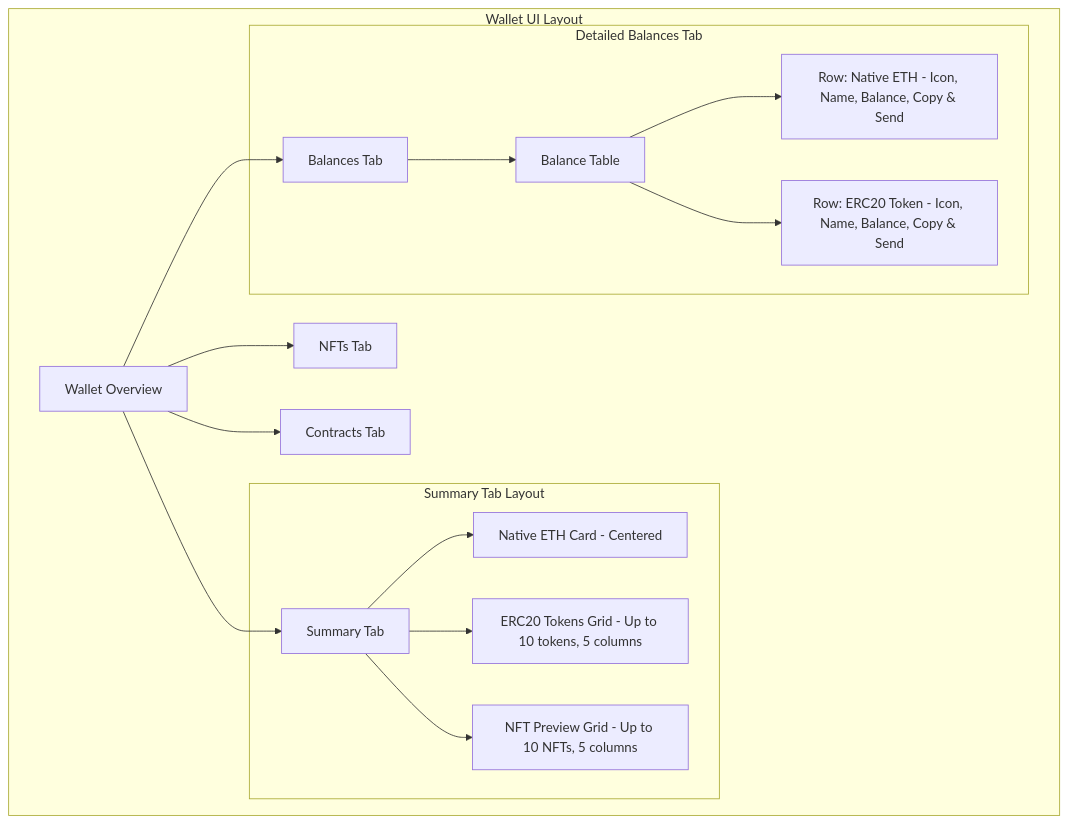
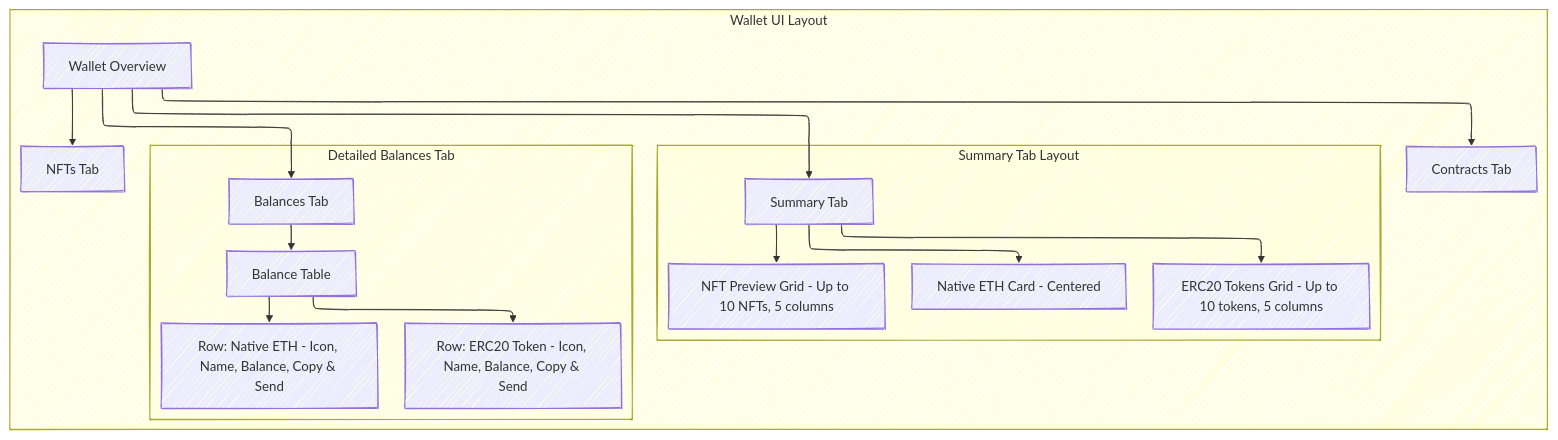
One commit to CheyneWeb3/InHaus-NFT-Smart-Wallets-ERC6551 changed the second of 2 diagrams in README.md. Above: the diagram before and after it, drawn with Mermaid.

````diff
--- a/README.md
+++ b/README.md
@@ -113,32 +145,33 @@
 ```mermaid
+---
+config:
+  theme: mc
+  look: handDrawn
+  layout: elk
+---
 flowchart TD
+ subgraph SummaryTab["Summary Tab Layout"]
+        L1["Native ETH Card - Centered"]
+        L2["ERC20 Tokens Grid - Up to 10 tokens, 5 columns"]
+        L3["NFT Preview Grid - Up to 10 NFTs, 5 columns"]
+        L["Summary Tab"]
+  end
+ subgraph BalancesTab["Detailed Balances Tab"]
+        M1["Balance Table"]
+        M2["Row: Native ETH - Icon, Name, Balance, Copy & Send"]
+        M3["Row: ERC20 Token - Icon, Name, Balance, Copy & Send"]
+        M["Balances Tab"]
+  end
+ subgraph UIOverview["Wallet UI Layout"]
+        K["Wallet Overview"]
+        N["NFTs Tab"]
+        O["Contracts Tab"]
+        SummaryTab
+        BalancesTab
+  end
+    K --> L & M & N & O
+    L --> L1 & L2 & L3
+    M1 --> M2 & M3
+    M --> M1
 
-
-    %% UI Layout Section
-    subgraph UIOverview [Wallet UI Layout]
-      K[Wallet Overview]
-      L[Summary Tab]
-      M[Balances Tab]
-      N[NFTs Tab]
-      O[Contracts Tab]
-      K --> L
-      K --> M
-      K --> N
-      K --> O
-      subgraph SummaryTab [Summary Tab Layout]
-        L1[Native ETH Card - Centered]
-        L2[ERC20 Tokens Grid - Up to 10 tokens, 5 columns]
-        L3[NFT Preview Grid - Up to 10 NFTs, 5 columns]
-        L --> L1
-        L --> L2
-        L --> L3
-      end
-      subgraph BalancesTab [Detailed Balances Tab]
-        M1[Balance Table]
-        M1 --> M2[Row: Native ETH - Icon, Name, Balance, Copy & Send]
-        M1 --> M3[Row: ERC20 Token - Icon, Name, Balance, Copy & Send]
-        M --> M1
-      end
-
-      end
 ```
````
